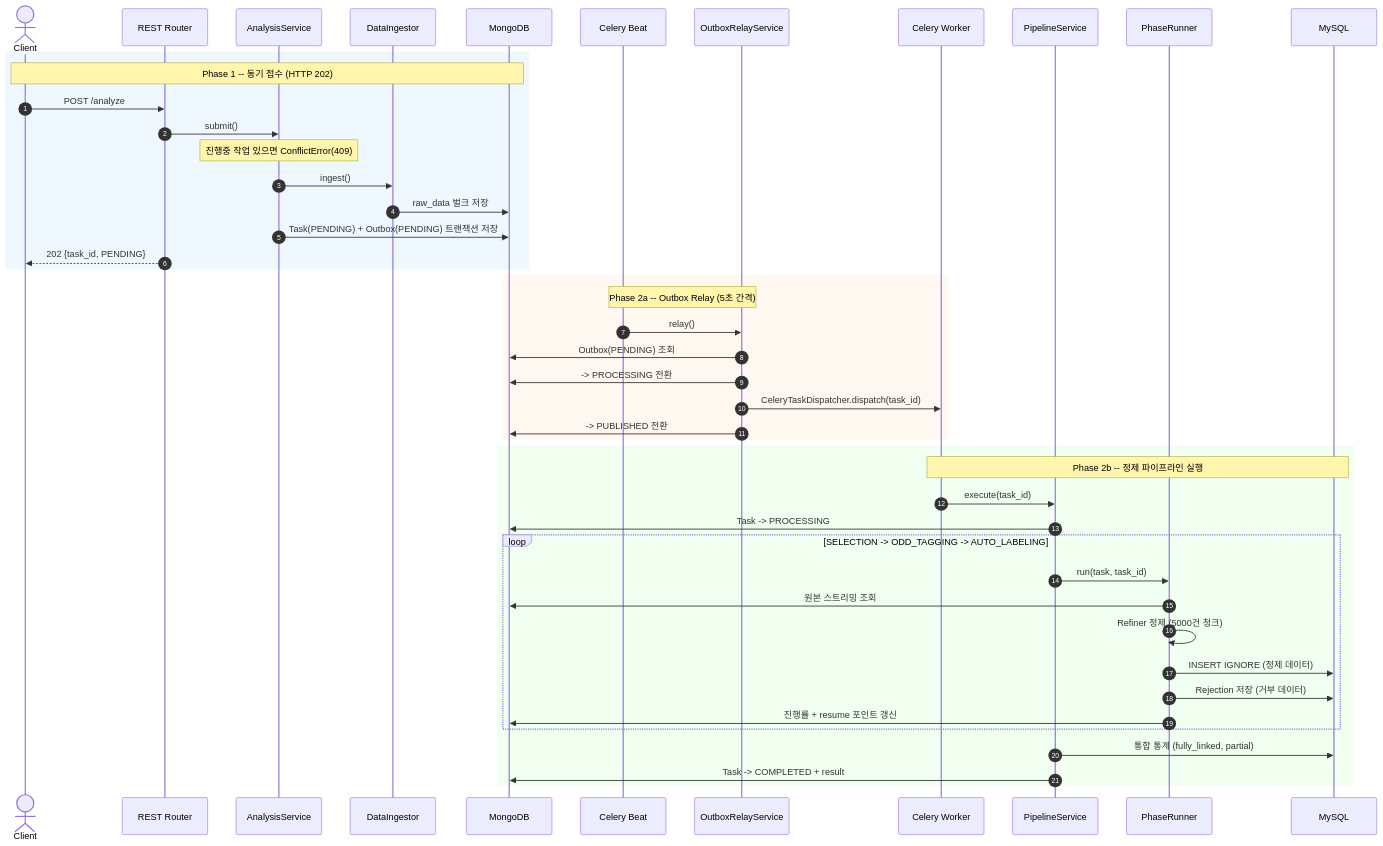
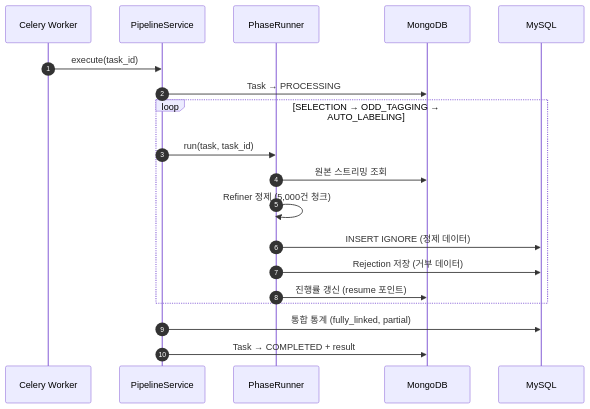
Before and after one commit to ryu-qqq/pipeline-server: the fifth of 8 diagrams in docs/architecture.md, drawn with Mermaid. The commit also changed other lines of this file and 10 other files, not shown here.

````diff
--- a/docs/architecture.md
+++ b/docs/architecture.md
@@ -307,53 +363,24 @@
 ```mermaid
 sequenceDiagram
     autonumber
-    actor Client
-    participant R as REST Router
-    participant AS as AnalysisService
-    participant DI as DataIngestor
-    participant Mongo as MongoDB
-    participant Beat as Celery Beat
-    participant Relay as OutboxRelayService
-    participant W as Celery Worker
+    participant Worker as Celery Worker
     participant PS as PipelineService
     participant Phase as PhaseRunner
+    participant MongoDB
     participant MySQL
 
-    rect rgb(240, 248, 255)
-        Note over Client,Mongo: Phase 1 -- 동기 접수 (HTTP 202)
-        Client->>R: POST /analyze
-        R->>AS: submit()
-        Note over AS: 진행중 작업 있으면 ConflictError(409)
-        AS->>DI: ingest()
-        DI->>Mongo: raw_data 벌크 저장
-        AS->>Mongo: Task(PENDING) + Outbox(PENDING) 트랜잭션 저장
-        R-->>Client: 202 {task_id, PENDING}
+    Worker->>PS: execute(task_id)
+    PS->>MongoDB: Task → PROCESSING
+
+    loop SELECTION → ODD_TAGGING → AUTO_LABELING
+        PS->>Phase: run(task, task_id)
+        Phase->>MongoDB: 원본 스트리밍 조회
+        Phase->>Phase: Refiner 정제 (5,000건 청크)
+        Phase->>MySQL: INSERT IGNORE (정제 데이터)
+        Phase->>MySQL: Rejection 저장 (거부 데이터)
+        Phase->>MongoDB: 진행률 갱신 (resume 포인트)
     end
 
-    rect rgb(255, 248, 240)
-        Note over Beat,Relay: Phase 2a -- Outbox Relay (5초 간격)
-        Beat->>Relay: relay()
-        Relay->>Mongo: Outbox(PENDING) 조회
-        Relay->>Mongo: -> PROCESSING 전환
-        Relay->>W: CeleryTaskDispatcher.dispatch(task_id)
-        Relay->>Mongo: -> PUBLISHED 전환
-    end
-
-    rect rgb(240, 255, 240)
-        Note over W,MySQL: Phase 2b -- 정제 파이프라인 실행
-        W->>PS: execute(task_id)
-        PS->>Mongo: Task -> PROCESSING
-
-        loop SELECTION -> ODD_TAGGING -> AUTO_LABELING
-            PS->>Phase: run(task, task_id)
-            Phase->>Mongo: 원본 스트리밍 조회
-            Phase->>Phase: Refiner 정제 (5000건 청크)
-            Phase->>MySQL: INSERT IGNORE (정제 데이터)
-            Phase->>MySQL: Rejection 저장 (거부 데이터)
-            Phase->>Mongo: 진행률 + resume 포인트 갱신
-        end
-
-        PS->>MySQL: 통합 통계 (fully_linked, partial)
-        PS->>Mongo: Task -> COMPLETED + result
-    end
+    PS->>MySQL: 통합 통계 (fully_linked, partial)
+    PS->>MongoDB: Task → COMPLETED + result
 ```
````
